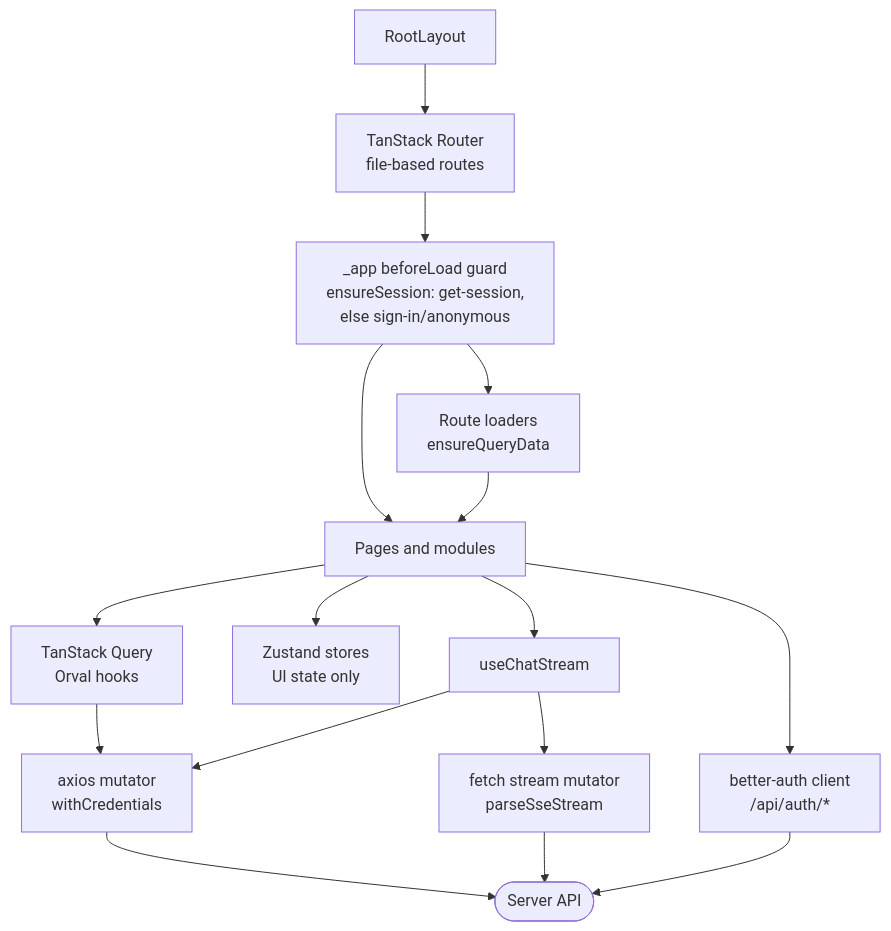
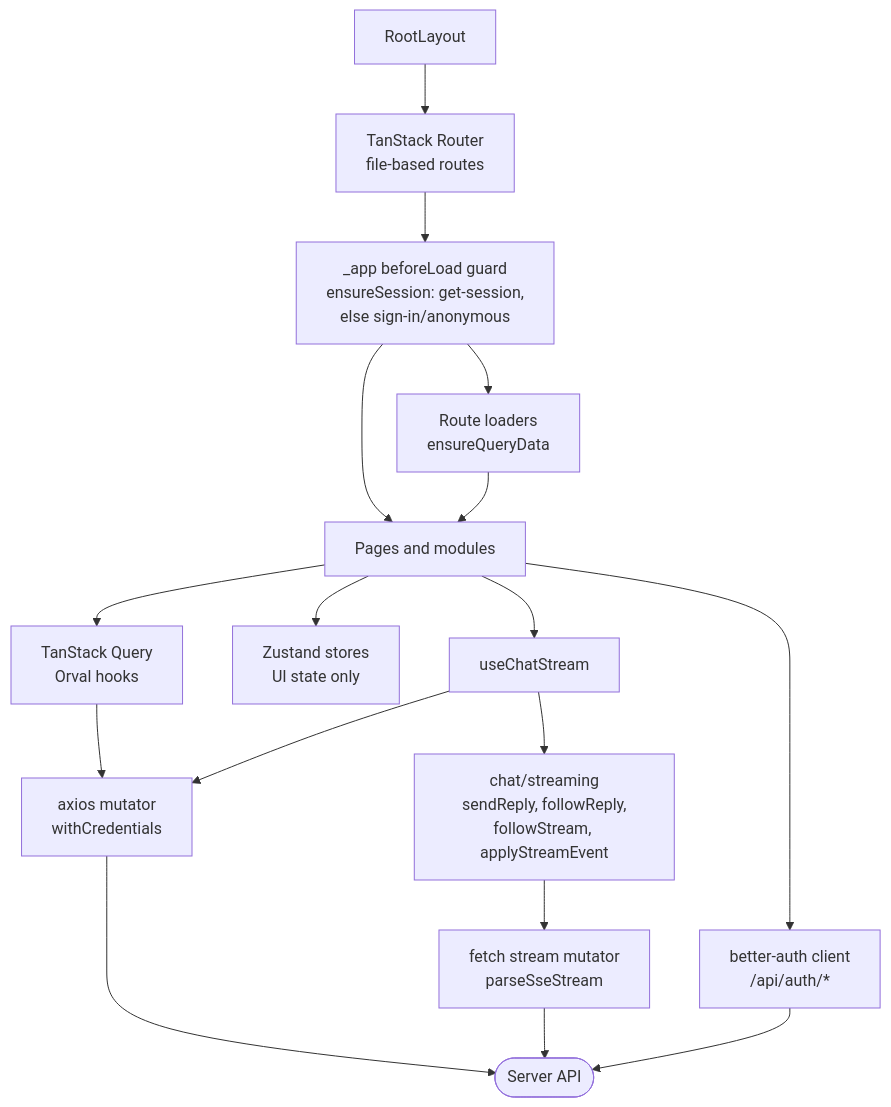
The eighth of 9 diagrams in docs/architecture.md (itsDaiton/nebula-chat), drawn with Mermaid before and after one commit. The commit also changed 28 other files, not shown here.

Commit message:
fix(client): NEB-830 move useChatStream logic into chat streaming helpers (#847)

````diff
--- a/docs/architecture.md
+++ b/docs/architecture.md
@@ -427,18 +427,19 @@
 ```mermaid
 flowchart TD
   root["RootLayout"] --> router["TanStack Router<br/>file-based routes"]
   router --> guard["_app beforeLoad guard<br/>ensureSession: get-session,<br/>else sign-in/anonymous"]
   guard --> loader["Route loaders<br/>ensureQueryData"]
   guard --> pages[Pages and modules]
   loader --> pages
   pages --> query["TanStack Query<br/>Orval hooks"]
   pages --> stores["Zustand stores<br/>UI state only"]
   pages --> authc["better-auth client<br/>/api/auth/*"]
   pages --> chat["useChatStream"]
   query --> axios["axios mutator<br/>withCredentials"]
   chat --> axios
-  chat --> fetch["fetch stream mutator<br/>parseSseStream"]
+  chat --> streaming["chat/streaming<br/>sendReply, followReply,<br/>followStream, applyStreamEvent"]
+  streaming --> fetch["fetch stream mutator<br/>parseSseStream"]
   axios --> api([Server API])
   fetch --> api
   authc --> api
 ```
````
